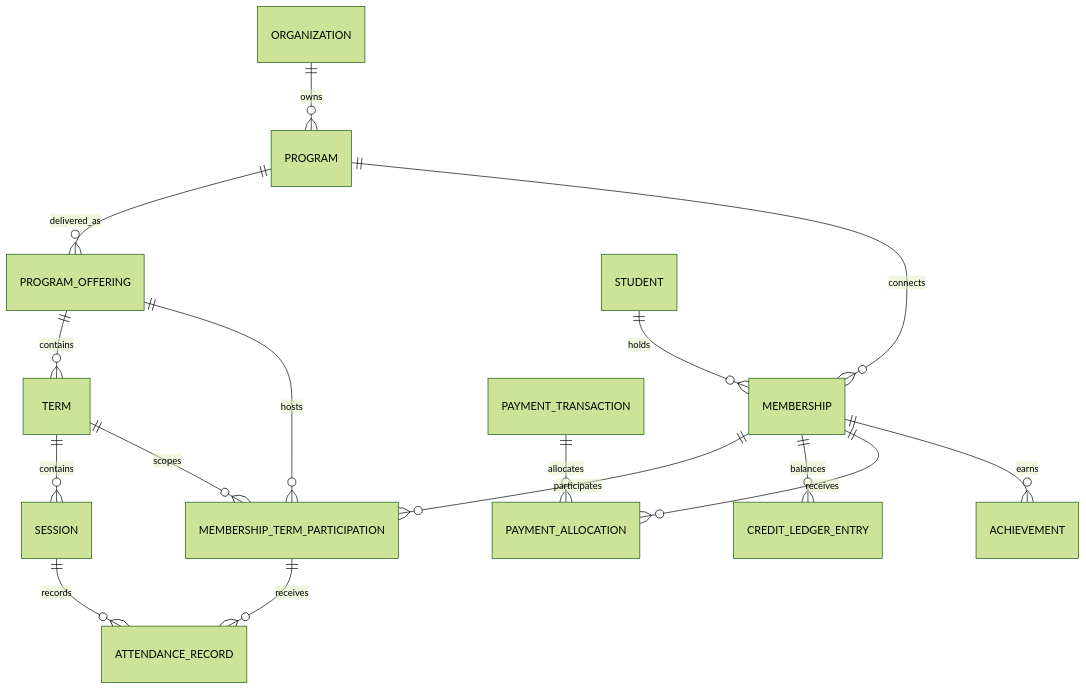
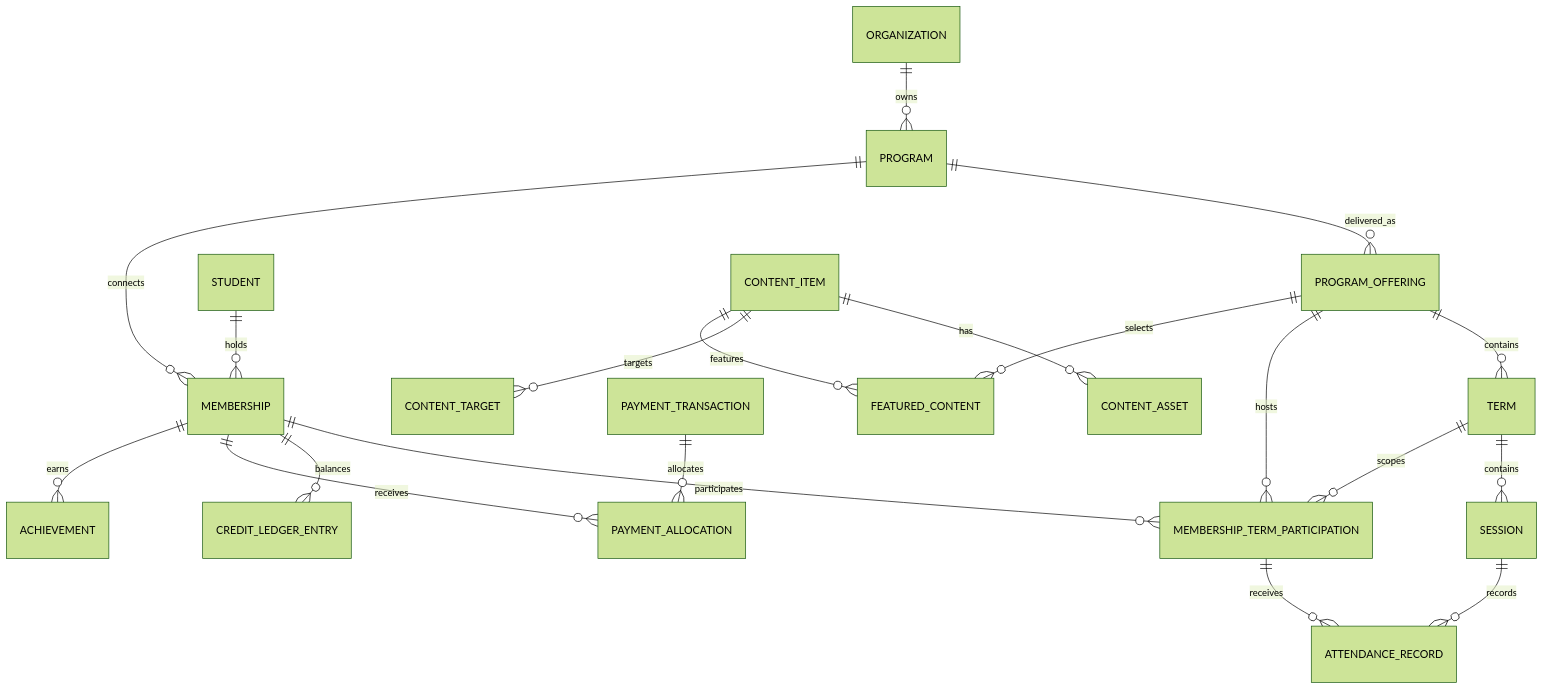
Before and after one commit to harekrishnamovementguntur-dev/gokulam360: the second of 3 diagrams in docs/architecture/diagrams.md, drawn with Mermaid (forest theme). The commit also changed other lines of this file, not shown here.

Commit message:
docs: extend domain and module diagrams

````diff
--- a/docs/architecture/diagrams.md
+++ b/docs/architecture/diagrams.md
@@ -25,18 +31,22 @@
 ```mermaid
 erDiagram
   ORGANIZATION ||--o{ PROGRAM : owns
   PROGRAM ||--o{ PROGRAM_OFFERING : delivered_as
   PROGRAM_OFFERING ||--o{ TERM : contains
   TERM ||--o{ SESSION : contains
   STUDENT ||--o{ MEMBERSHIP : holds
   PROGRAM ||--o{ MEMBERSHIP : connects
   MEMBERSHIP ||--o{ MEMBERSHIP_TERM_PARTICIPATION : participates
   PROGRAM_OFFERING ||--o{ MEMBERSHIP_TERM_PARTICIPATION : hosts
   TERM ||--o{ MEMBERSHIP_TERM_PARTICIPATION : scopes
   SESSION ||--o{ ATTENDANCE_RECORD : records
   MEMBERSHIP_TERM_PARTICIPATION ||--o{ ATTENDANCE_RECORD : receives
   MEMBERSHIP ||--o{ CREDIT_LEDGER_ENTRY : balances
   PAYMENT_TRANSACTION ||--o{ PAYMENT_ALLOCATION : allocates
   MEMBERSHIP ||--o{ PAYMENT_ALLOCATION : receives
   MEMBERSHIP ||--o{ ACHIEVEMENT : earns
+  CONTENT_ITEM ||--o{ CONTENT_ASSET : has
+  CONTENT_ITEM ||--o{ CONTENT_TARGET : targets
+  PROGRAM_OFFERING ||--o{ FEATURED_CONTENT : selects
+  CONTENT_ITEM ||--o{ FEATURED_CONTENT : features
 ```
````
